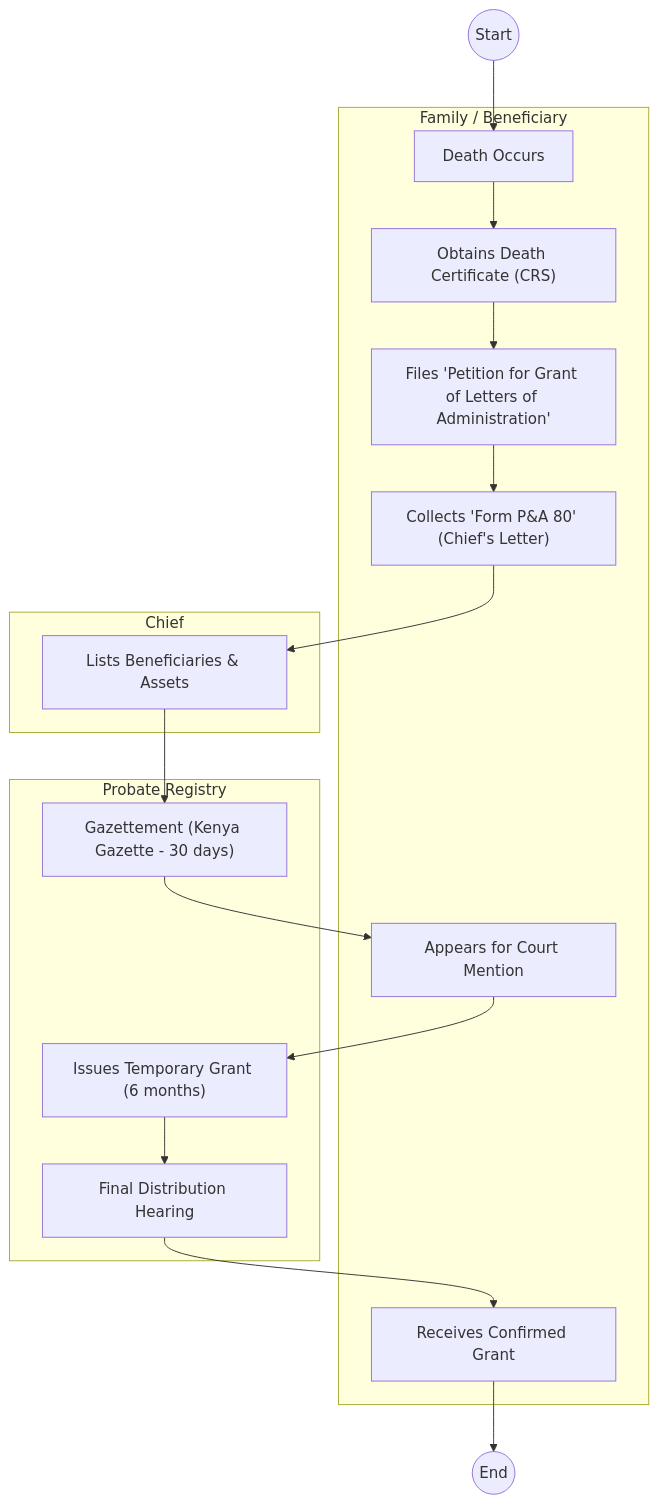
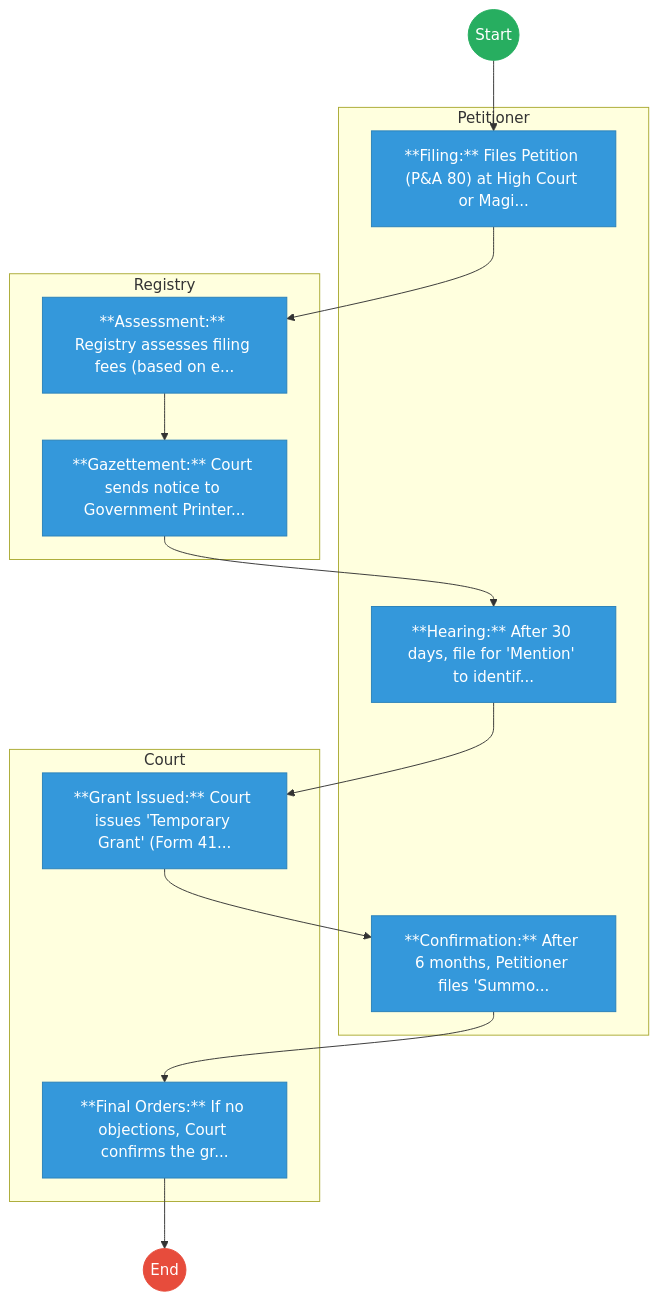
Before and after one commit to BITZ-IT-Consulting-LTD/ictapoc: the first of 2 diagrams in mdas/docs_final/THE_JUDICIARY___Service_Delivery.md, drawn with Mermaid. The commit also changed other lines of this file and 461 other files, not shown here.

````diff
--- a/mdas/docs_final/THE_JUDICIARY___Service_Delivery.md
+++ b/mdas/docs_final/THE_JUDICIARY___Service_Delivery.md
@@ -20,31 +20,36 @@
 ```mermaid
 graph TD
     Start((Start)) --> S1
-    subgraph Petitioner [Family / Beneficiary]
-        S1["Death Occurs"]
-        S2["Obtains Death Certificate (CRS)"]
-        S3["Files 'Petition for Grant of Letters of Administration'"]
-        S4["Collects 'Form P&A 80' (Chief's Letter)"]
-        S6["Appears for Court Mention"]
-        S9["Receives Confirmed Grant"]
+
+    subgraph Petitioner [Petitioner]
+        S1["**Filing:** Files Petition (P&A 80) at High Court or Magi..."]
+        S4["**Hearing:** After 30 days, file for 'Mention' to identif..."]
+        S6["**Confirmation:** After 6 months, Petitioner files 'Summo..."]
     end
-    subgraph HighCourt [Probate Registry]
-        S5["Gazettement (Kenya Gazette - 30 days)"]
-        S7["Issues Temporary Grant (6 months)"]
-        S8["Final Distribution Hearing"]
+
+    subgraph Registry [Registry]
+        S2["**Assessment:** Registry assesses filing fees (based on e..."]
+        S3["**Gazettement:** Court sends notice to Government Printer..."]
     end
-    subgraph Chief [Chief]
-        S4a["Lists Beneficiaries & Assets"]
+
+    subgraph Court [Court]
+        S5["**Grant Issued:** Court issues 'Temporary Grant' (Form 41..."]
+        S7["**Final Orders:** If no objections, Court confirms the gr..."]
     end
-    
     S1 --> S2
     S2 --> S3
     S3 --> S4
-    S4 --> S4a
-    S4a --> S5
+    S4 --> S5
     S5 --> S6
     S6 --> S7
-    S7 --> S8
-    S8 --> S9
-    S9 --> End((End))
+    S7 --> End((End))
+
+    classDef start fill:#27ae60,stroke:#27ae60,color:#fff;
+    classDef endNode fill:#e74c3c,stroke:#e74c3c,color:#fff;
+    classDef userTask fill:#3498db,stroke:#2980b9,color:#fff;
+    classDef serviceTask fill:#9b59b6,stroke:#8e44ad,color:#fff;
+
+    class Start start;
+    class End endNode;
+    class S1,S2,S3,S4,S5,S6,S7 userTask;
 ```
````
